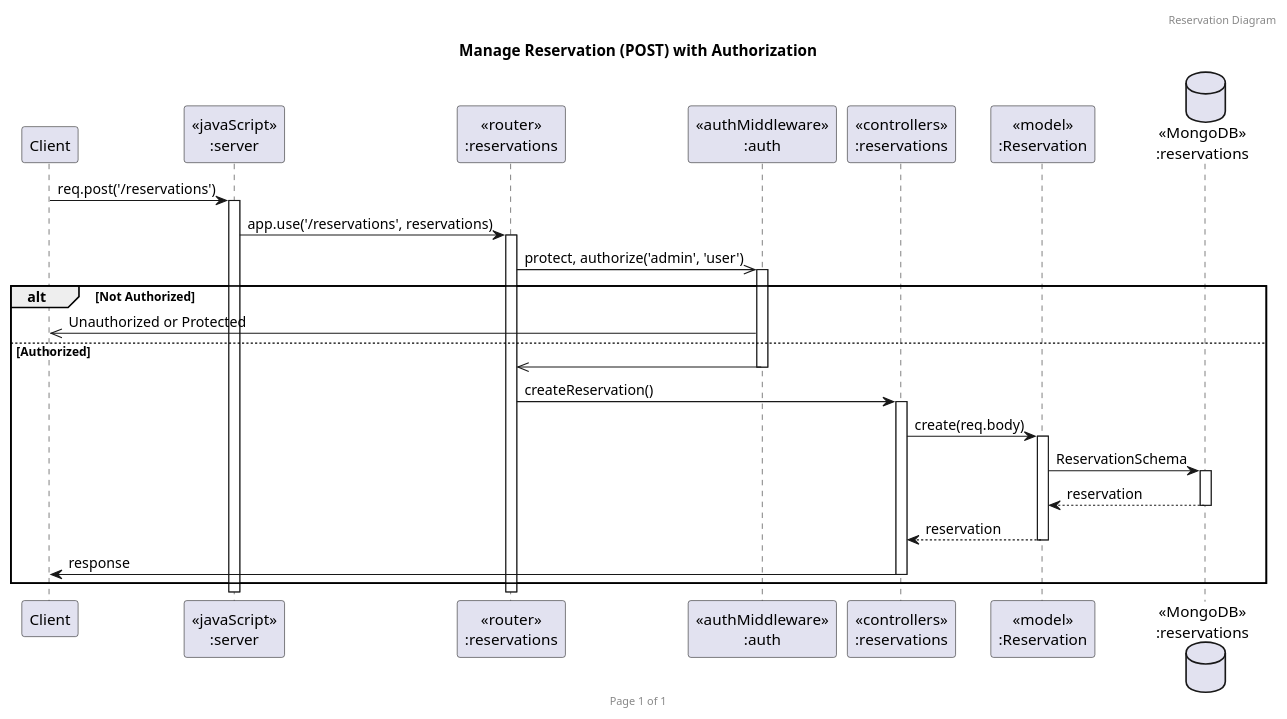
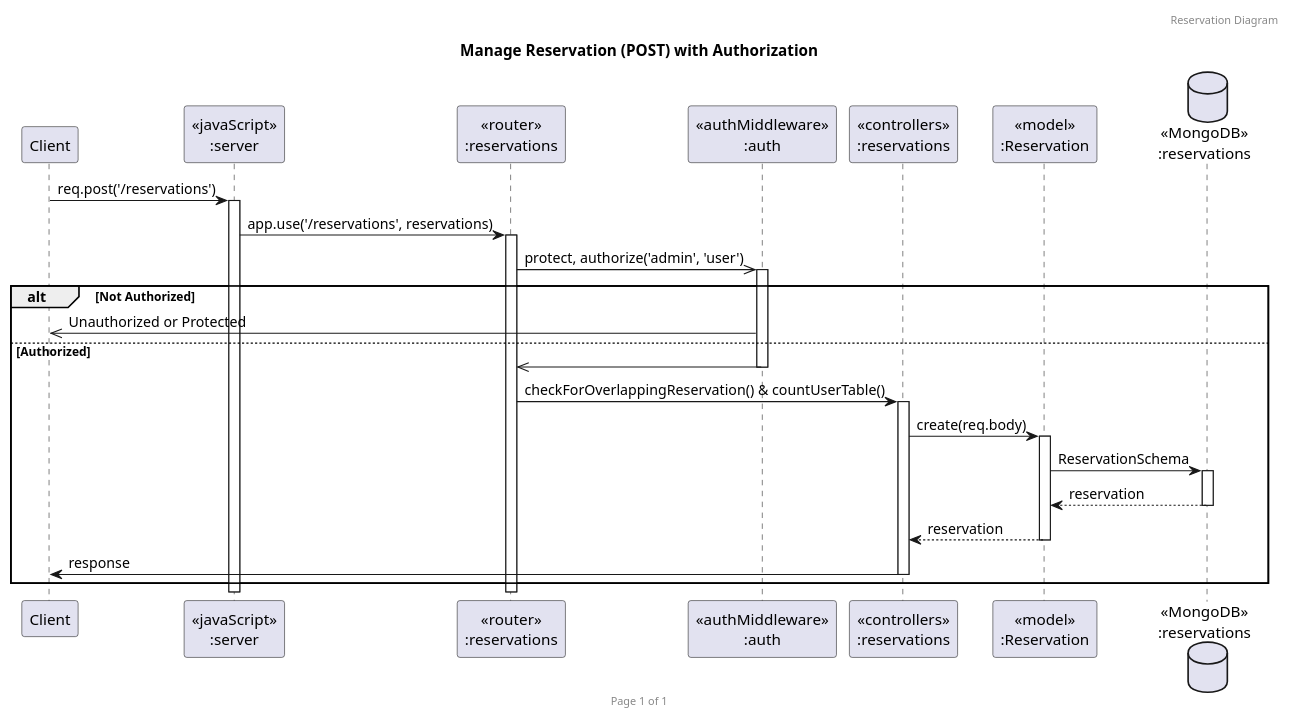
One commit to punchanabu/redrice-backend-express changed the diagram in uml/reservation/restaurant(post).puml. Above: the diagram before and after it, drawn with PlantUML.

Commit message:
fix add function post reserve uml

```diff
--- a/uml/reservation/restaurant(post).puml
+++ b/uml/reservation/restaurant(post).puml
@@ -1,32 +1,32 @@
 @startuml
 header Reservation Diagram
 footer Page %page% of %lastpage%
 title "Manage Reservation (POST) with Authorization"
 
 participant "Client" as client
 participant "<<javaScript>>\n:server" as server
 participant "<<router>>\n:reservations" as routerReservations
 participant "<<authMiddleware>>\n:auth" as authMiddleware
 participant "<<controllers>>\n:reservations" as controllersReservations
 participant "<<model>>\n:Reservation" as modelReservation
 database "<<MongoDB>>\n:reservations" as ReservationsDatabase
 
 client->server ++:req.post('/reservations')
 server->routerReservations ++:app.use('/reservations', reservations)
 routerReservations->>authMiddleware ++:protect, authorize('admin', 'user')
 
 alt Not Authorized
     authMiddleware->>client :Unauthorized or Protected
 else Authorized
     authMiddleware->>routerReservations -- :
-    routerReservations->controllersReservations ++:createReservation()
+    routerReservations->controllersReservations ++:checkForOverlappingReservation() & countUserTable()
     controllersReservations->modelReservation ++:create(req.body)
     modelReservation ->ReservationsDatabase ++: ReservationSchema
     ReservationsDatabase --> modelReservation --: reservation
     controllersReservations <-- modelReservation --: reservation
     controllersReservations->client --:response
 end
 
 
 
 @enduml
```
